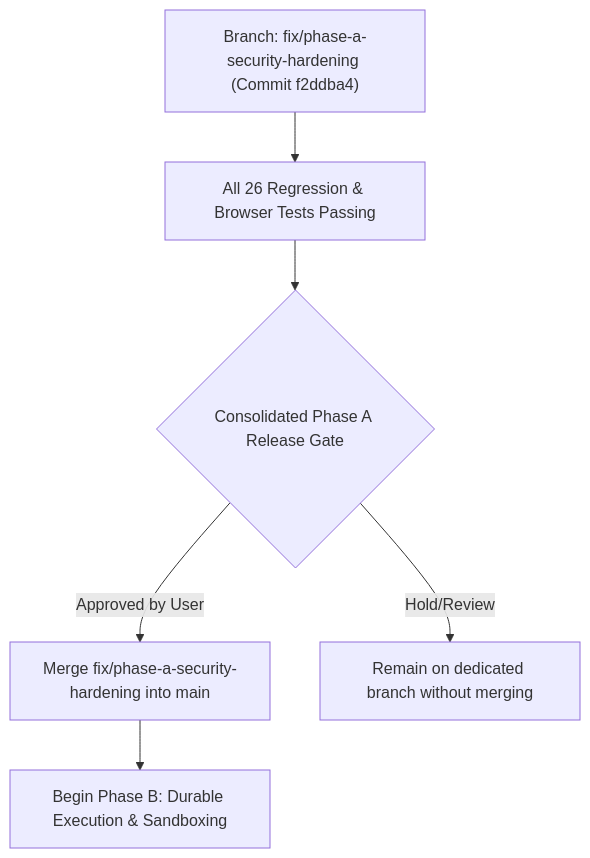
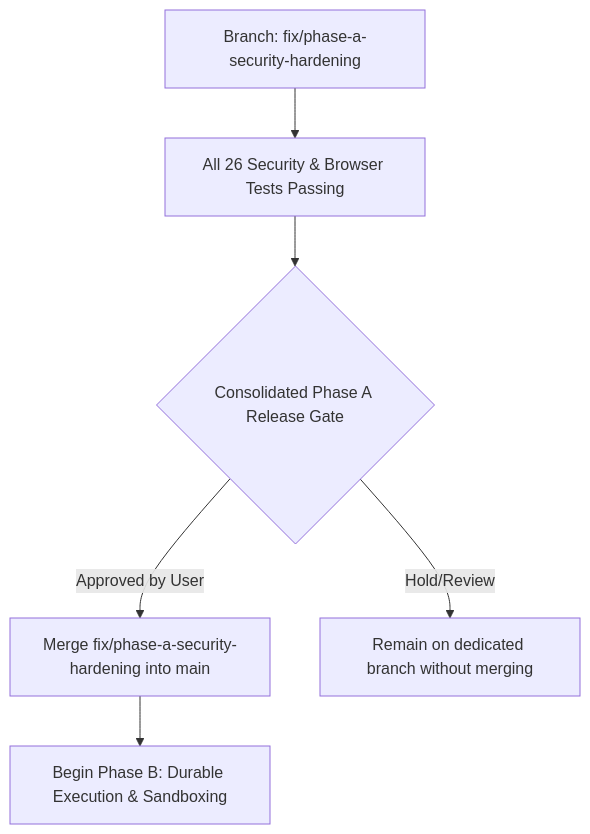
The diagram in docs/phase_a_consolidated_review.md (laxjovial/ai-cloud-workspace), drawn with Mermaid before and after one commit. The commit also changed other lines of this file, not shown here.

Commit message:
docs: clarify Phase A test suite scope and update commit references

````diff
--- a/docs/phase_a_consolidated_review.md
+++ b/docs/phase_a_consolidated_review.md
@@ -91,8 +94,8 @@
 ```mermaid
 flowchart TD
-    A["Branch: fix/phase-a-security-hardening (Commit f2ddba4)"] --> B["All 26 Regression & Browser Tests Passing"]
+    A["Branch: fix/phase-a-security-hardening"] --> B["All 26 Security & Browser Tests Passing"]
     B --> C{"Consolidated Phase A Release Gate"}
     C -->|Approved by User| D["Merge fix/phase-a-security-hardening into main"]
     D --> E["Begin Phase B: Durable Execution & Sandboxing"]
     C -->|Hold/Review| F["Remain on dedicated branch without merging"]
 ```
````
